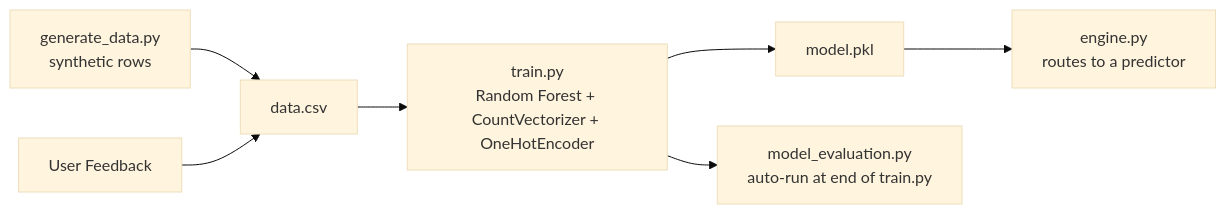
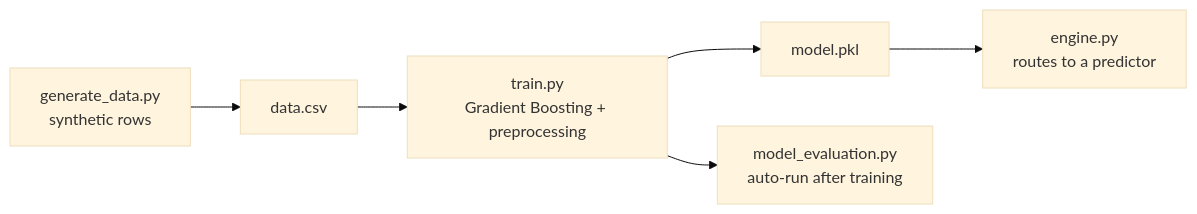
One commit to AyusmanNanda/patient-router changed the first of 6 diagrams in docs/architecture.md. Above: the diagram before and after it, drawn with Mermaid (base theme). The commit also changed other lines of this file, not shown here.

````diff
--- a/docs/architecture.md
+++ b/docs/architecture.md
@@ -11,9 +11,8 @@
 ```mermaid
 flowchart LR
     A[generate_data.py\nsynthetic rows] --> B[data.csv]
-    B --> C[train.py\nRandom Forest + CountVectorizer + OneHotEncoder]
+    B --> C[train.py\nGradient Boosting + preprocessing]
     C --> D[model.pkl]
     D --> E[engine.py\nroutes to a predictor]
-    C --> F[model_evaluation.py\nauto-run at end of train.py]
-    G[User Feedback] --> B
+    C --> F[model_evaluation.py\nauto-run after training]
 ```
````
